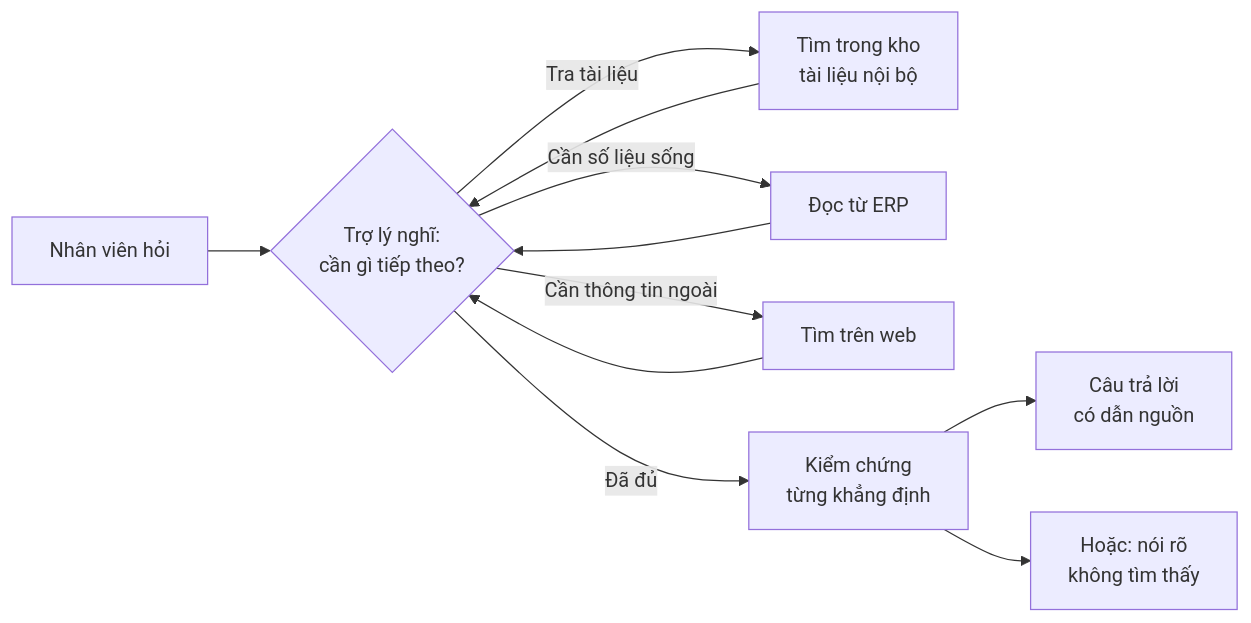
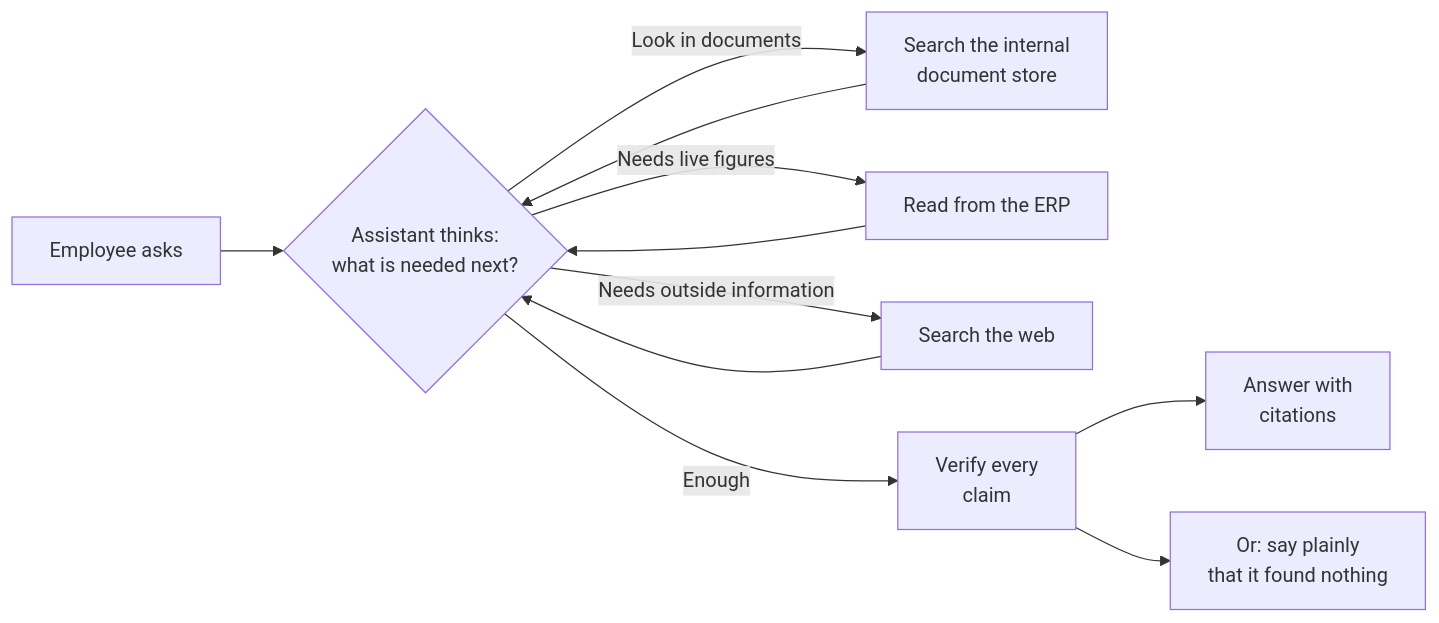
One commit to nguyenchiemhao/Ei-AI changed the first of 6 diagrams in docs/design/ei-ai-agentic-knowledge-assistant.md. Above: the diagram before and after it, drawn with Mermaid. The commit also changed other lines of this file and 2 other files, not shown here.

````diff
--- a/docs/design/ei-ai-agentic-knowledge-assistant.md
+++ b/docs/design/ei-ai-agentic-knowledge-assistant.md
@@ -58,13 +58,13 @@
 ```mermaid
 flowchart LR
-    Q["Nhân viên hỏi"] --> L{"Trợ lý nghĩ:<br/>cần gì tiếp theo?"}
-    L -->|"Tra tài liệu"| D["Tìm trong kho<br/>tài liệu nội bộ"]
-    L -->|"Cần số liệu sống"| E["Đọc từ ERP"]
-    L -->|"Cần thông tin ngoài"| W["Tìm trên web"]
+    Q["Employee asks"] --> L{"Assistant thinks:<br/>what is needed next?"}
+    L -->|"Look in documents"| D["Search the internal<br/>document store"]
+    L -->|"Needs live figures"| E["Read from the ERP"]
+    L -->|"Needs outside information"| W["Search the web"]
     D --> L
     E --> L
     W --> L
-    L -->|"Đã đủ"| V["Kiểm chứng<br/>từng khẳng định"]
-    V --> A["Câu trả lời<br/>có dẫn nguồn"]
-    V --> R["Hoặc: nói rõ<br/>không tìm thấy"]
+    L -->|"Enough"| V["Verify every<br/>claim"]
+    V --> A["Answer with<br/>citations"]
+    V --> R["Or: say plainly<br/>that it found nothing"]
 ```
````
